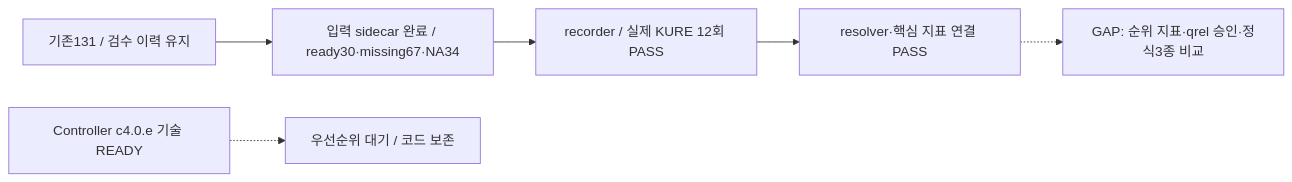
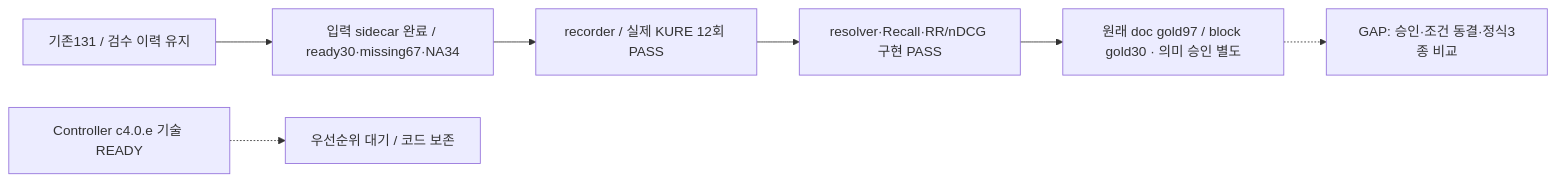
Before and after one commit to KongSeok/sprint-public-procurement-rag-assistant: the second of 2 diagrams in fivecircles/work/2026-09-05-search-first-relay.md, drawn with Mermaid. The commit also changed other lines of this file and 16 other files, not shown here.

````diff
--- a/fivecircles/work/2026-09-05-search-first-relay.md
+++ b/fivecircles/work/2026-09-05-search-first-relay.md
@@ -74,8 +74,9 @@
 ```mermaid
 flowchart LR
   A["기존131 / 검수 이력 유지"] --> B["입력 sidecar 완료 / ready30·missing67·NA34"]
   B --> C["recorder / 실제 KURE 12회 PASS"]
-  C --> D["resolver·핵심 지표 연결 PASS"]
-  D -.-> E["GAP: 순위 지표·qrel 승인·정식3종 비교"]
+  C --> D["resolver·Recall·RR/nDCG 구현 PASS"]
+  D --> H["원래 doc gold97 / block gold30 · 의미 승인 별도"]
+  H -.-> E["GAP: 승인·조건 동결·정식3종 비교"]
   F["Controller c4.0.e 기술 READY"] -.-> G["우선순위 대기 / 코드 보존"]
 ```
````
